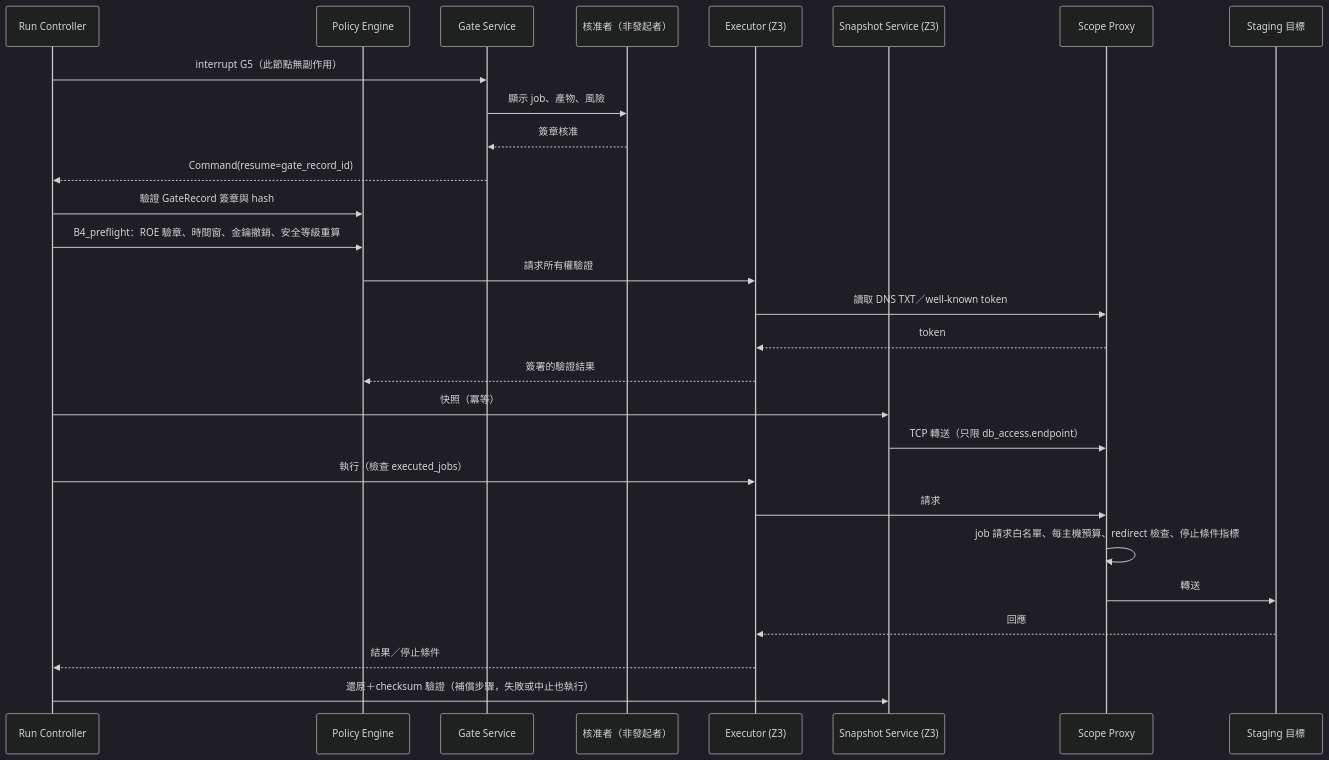
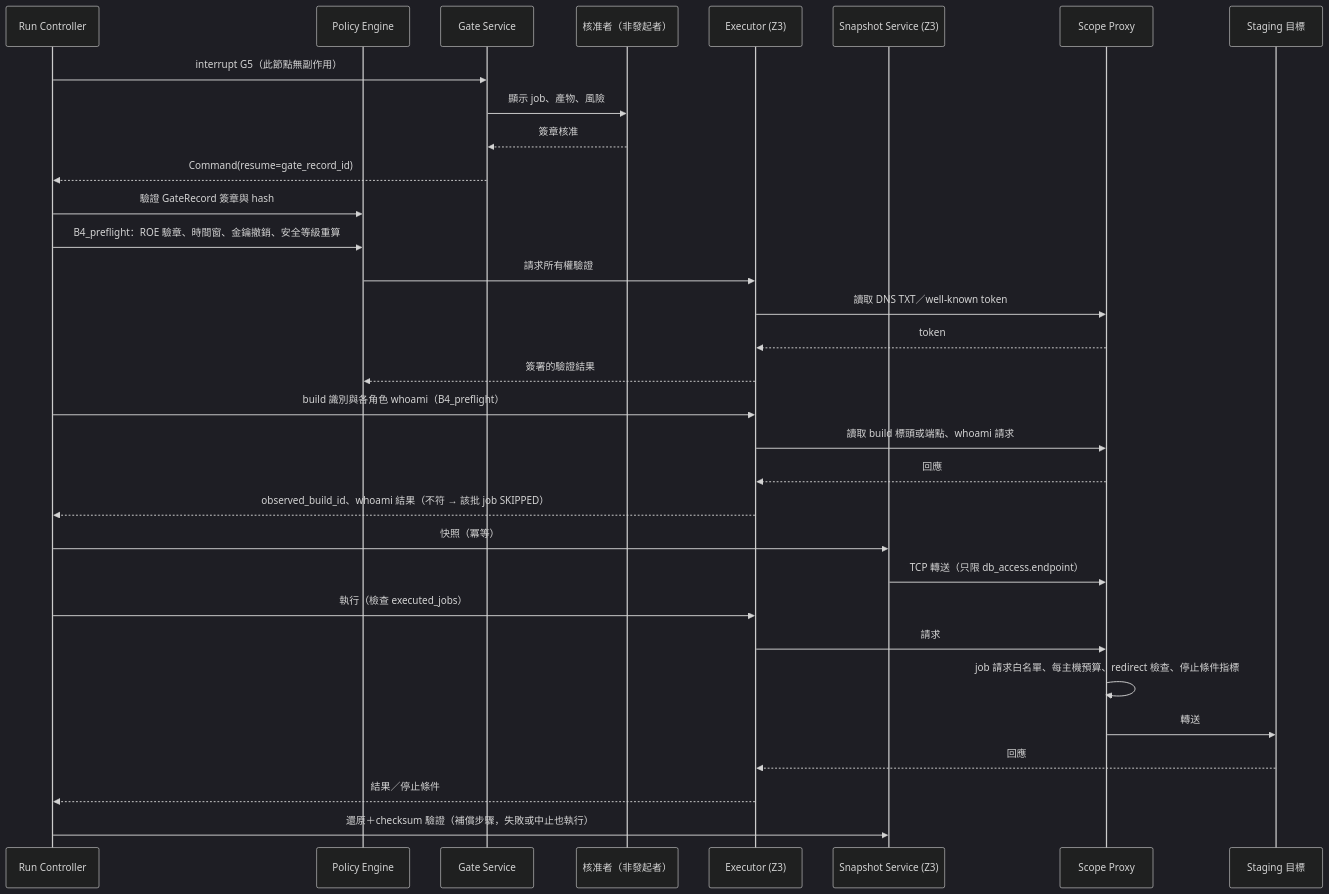
The tenth of 11 diagrams in docs/03-system-architecture.md (chinchiang/VibeCheckHarness), drawn with Mermaid (dark theme) before and after one commit. The commit also changed other lines of this file, not shown here.

First line of the commit message:
Docs v0.3: architecture for typed commander views, gates and profiles

````diff
--- a/docs/03-system-architecture.md
+++ b/docs/03-system-architecture.md
@@ -1132,30 +1344,34 @@
 ```mermaid
 sequenceDiagram
   participant RC as Run Controller
   participant PE as Policy Engine
   participant GS as Gate Service
   participant H as 核准者（非發起者）
   participant EX as Executor (Z3)
   participant SN as Snapshot Service (Z3)
   participant SP as Scope Proxy
   participant T as Staging 目標
   RC->>GS: interrupt G5（此節點無副作用）
   GS->>H: 顯示 job、產物、風險
   H-->>GS: 簽章核准
   GS-->>RC: Command(resume=gate_record_id)
   RC->>PE: 驗證 GateRecord 簽章與 hash
   RC->>PE: B4_preflight：ROE 驗章、時間窗、金鑰撤銷、安全等級重算
   PE->>EX: 請求所有權驗證
   EX->>SP: 讀取 DNS TXT／well-known token
   SP-->>EX: token
   EX-->>PE: 簽署的驗證結果
+  RC->>EX: build 識別與各角色 whoami（B4_preflight）
+  EX->>SP: 讀取 build 標頭或端點、whoami 請求
+  SP-->>EX: 回應
+  EX-->>RC: observed_build_id、whoami 結果（不符 → 該批 job SKIPPED）
   RC->>SN: 快照（冪等）
   SN->>SP: TCP 轉送（只限 db_access.endpoint）
   RC->>EX: 執行（檢查 executed_jobs）
   EX->>SP: 請求
   SP->>SP: job 請求白名單、每主機預算、redirect 檢查、停止條件指標
   SP->>T: 轉送
   T-->>EX: 回應
   EX-->>RC: 結果／停止條件
   RC->>SN: 還原＋checksum 驗證（補償步驟，失敗或中止也執行）
 ```
````
